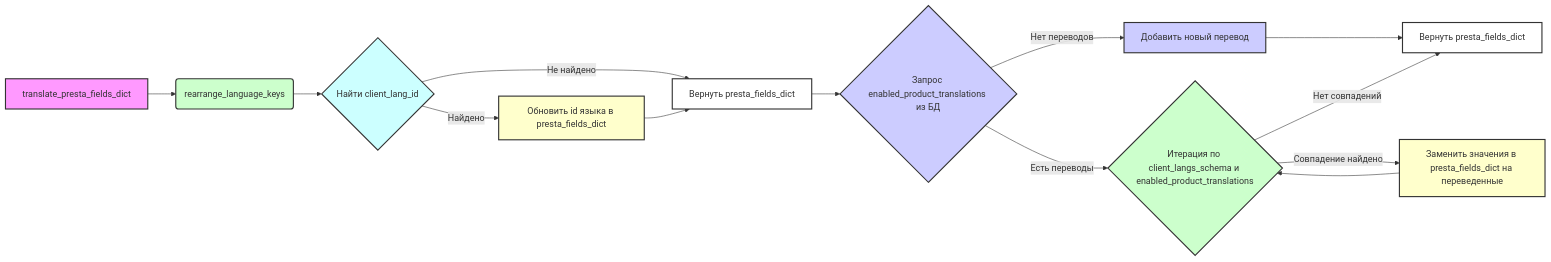
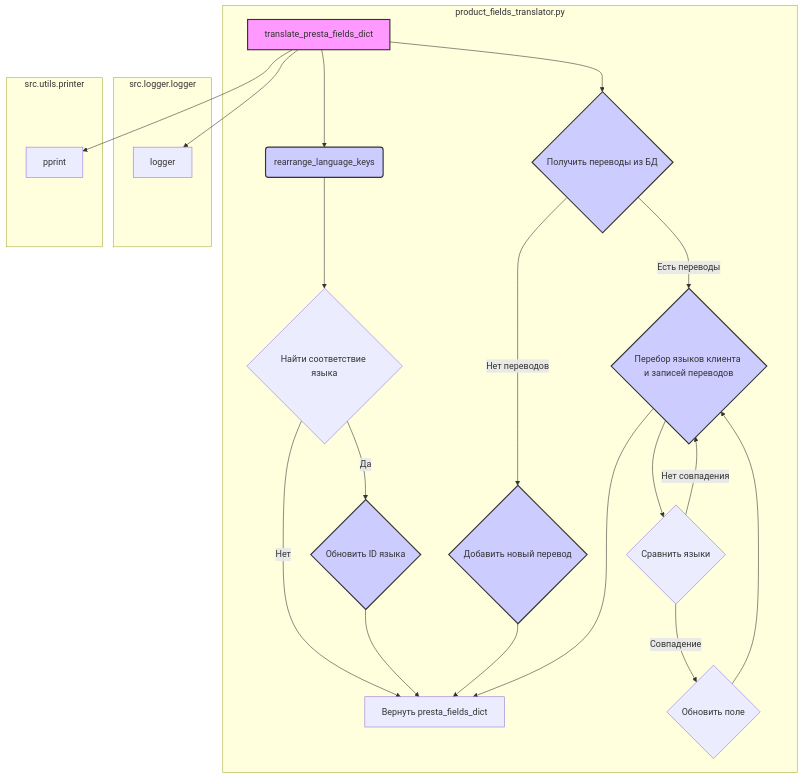
The diagram in docs/gemini/ru/explainer/src/product/product_fields/product_fields_translator.py.md (hypo69/hypo), drawn with Mermaid before and after one commit. The commit also changed other lines of this file and 596 other files, not shown here.

````diff
--- a/docs/gemini/ru/explainer/src/product/product_fields/product_fields_translator.py.md
+++ b/docs/gemini/ru/explainer/src/product/product_fields/product_fields_translator.py.md
@@ -36,30 +23,38 @@
 ```mermaid
-graph LR
-    A[translate_presta_fields_dict] --> B(rearrange_language_keys);
-    B --> C{Найти client_lang_id};
-    C -- Найдено --> D[Обновить id языка в presta_fields_dict];
-    C -- Не найдено --> E[Вернуть presta_fields_dict];
-    D --> E;
-    E --> F{Запрос enabled_product_translations из БД};
-    F -- Нет переводов --> G[Добавить новый перевод];
-    G --> H[Вернуть presta_fields_dict];
-    F -- Есть переводы --> I{Итерация по client_langs_schema и enabled_product_translations};
-    I -- Совпадение найдено --> J[Заменить значения в presta_fields_dict на переведенные];
-    J --> I
-    I -- Нет совпадений --> H
+flowchart TD
+    subgraph product_fields_translator.py
+        A[translate_presta_fields_dict] --> B(rearrange_language_keys)
+        B --> C{Найти соответствие языка}
+        C -- Да --> D{Обновить ID языка}
+        C -- Нет --> E[Вернуть presta_fields_dict]
+        D --> E
+        A --> F{Получить переводы из БД}
+        F -- Нет переводов --> G{Добавить новый перевод}
+        G --> E
+        F -- Есть переводы --> H{Перебор языков клиента и записей переводов}
+        H --> I{Сравнить языки}
+        I -- Совпадение --> J{Обновить поле}
+        J --> H
+        I -- Нет совпадения --> H
+        H --> E
+    end
+        
+    subgraph src.logger.logger
+        logger[logger]
+    end
     
+    subgraph src.utils.printer
+        printer[pprint]
+    end
+     
+    style A fill:#f9f,stroke:#333,stroke-width:2px
+    style B fill:#ccf,stroke:#333,stroke-width:2px
+    style D fill:#ccf,stroke:#333,stroke-width:2px
+    style F fill:#ccf,stroke:#333,stroke-width:2px
+    style G fill:#ccf,stroke:#333,stroke-width:2px
+    style H fill:#ccf,stroke:#333,stroke-width:2px
 
-    
-    
-    style A fill:#f9f,stroke:#333,stroke-width:2px
-    style F fill:#ccf,stroke:#333,stroke-width:2px
-    style B fill:#cfc,stroke:#333,stroke-width:2px
-    style C fill:#cff,stroke:#333,stroke-width:2px
-    style D fill:#ffc,stroke:#333,stroke-width:2px
-    style E fill:#fff,stroke:#333,stroke-width:2px
-    style G fill:#ccf,stroke:#333,stroke-width:2px
-    style H fill:#fff,stroke:#333,stroke-width:2px
-    style I fill:#cfc,stroke:#333,stroke-width:2px
-    style J fill:#ffc,stroke:#333,stroke-width:2px
-    
+    A --> printer
+    A --> logger
+
 ```
````
